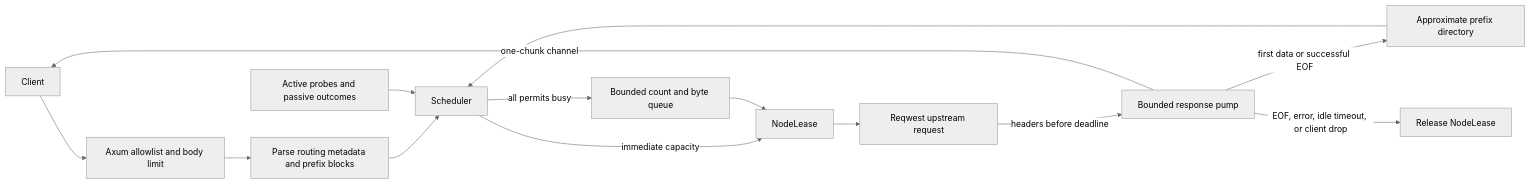
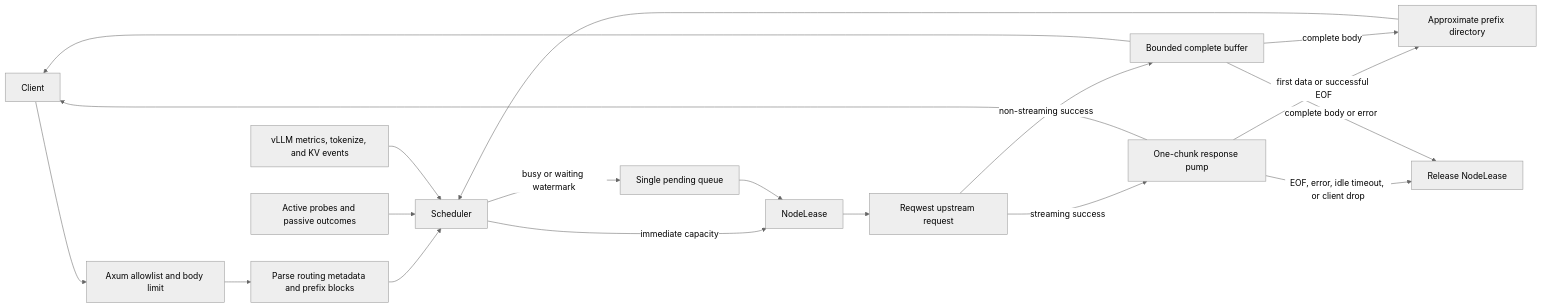
The diagram in docs/architecture.md (iMMIQ/estuary), drawn with Mermaid (neutral theme) before and after one commit. The commit also changed other lines of this file and 45 other files, not shown here.

````diff
--- a/docs/architecture.md
+++ b/docs/architecture.md
@@ -16,16 +24,21 @@
 ```mermaid
 flowchart LR
     C[Client] --> A[Axum allowlist and body limit]
     A --> P[Parse routing metadata and prefix blocks]
     P --> S[Scheduler]
     H[Active probes and passive outcomes] --> S
     D[Approximate prefix directory] --> S
+    V[vLLM metrics, tokenize, and KV events] --> S
     S -->|immediate capacity| L[NodeLease]
-    S -->|all permits busy| Q[Bounded count and byte queue]
+    S -->|busy or waiting watermark| Q[Single pending queue]
     Q --> L
     L --> U[Reqwest upstream request]
-    U -->|headers before deadline| B[Bounded response pump]
-    B -->|one-chunk channel| C
+    U -->|streaming success| B[One-chunk response pump]
+    U -->|non-streaming success| N[Bounded complete buffer]
+    B --> C
+    N --> C
     B -->|first data or successful EOF| D
+    N -->|complete body| D
     B -->|EOF, error, idle timeout, or client drop| R[Release NodeLease]
+    N -->|complete body or error| R
 ```
````
